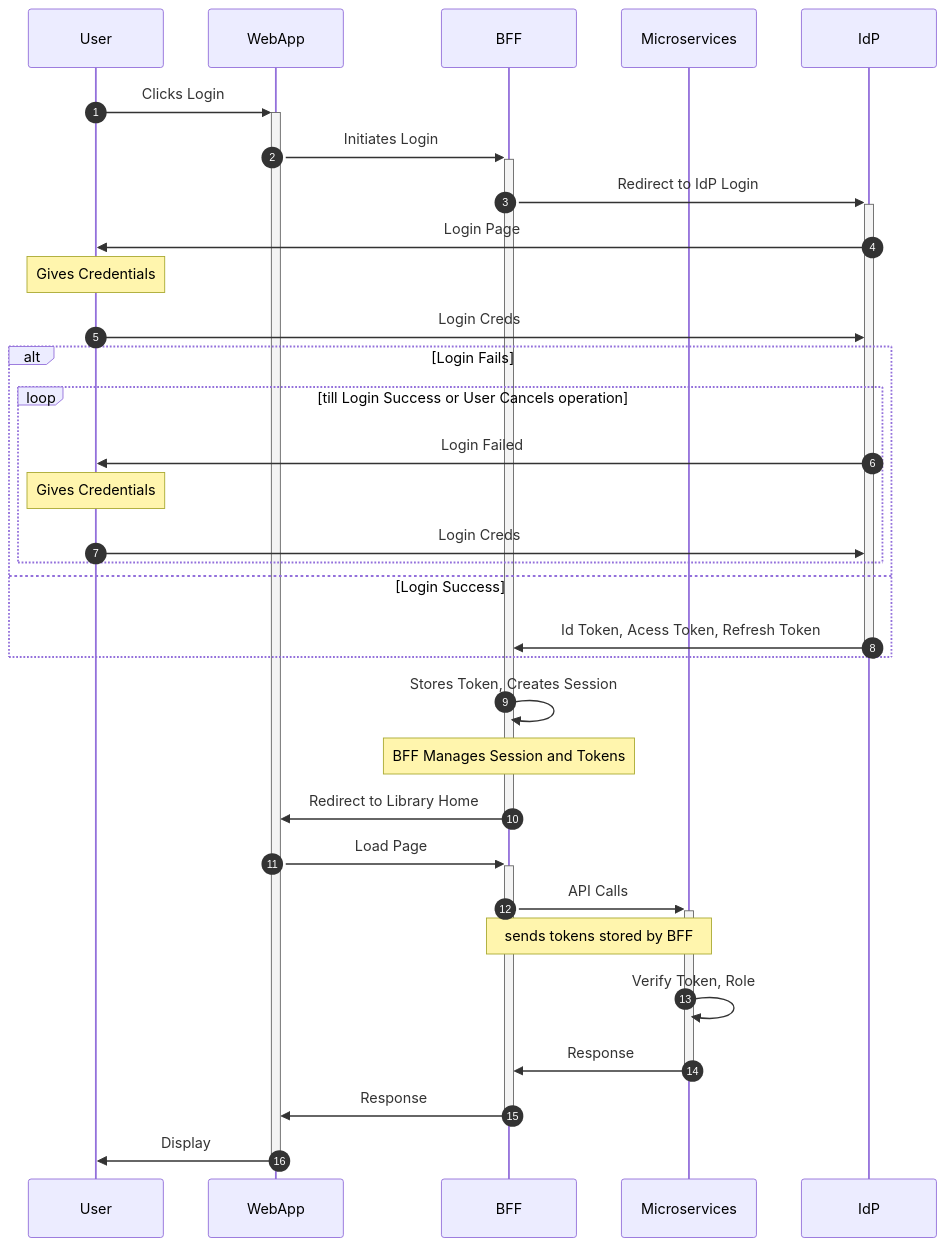
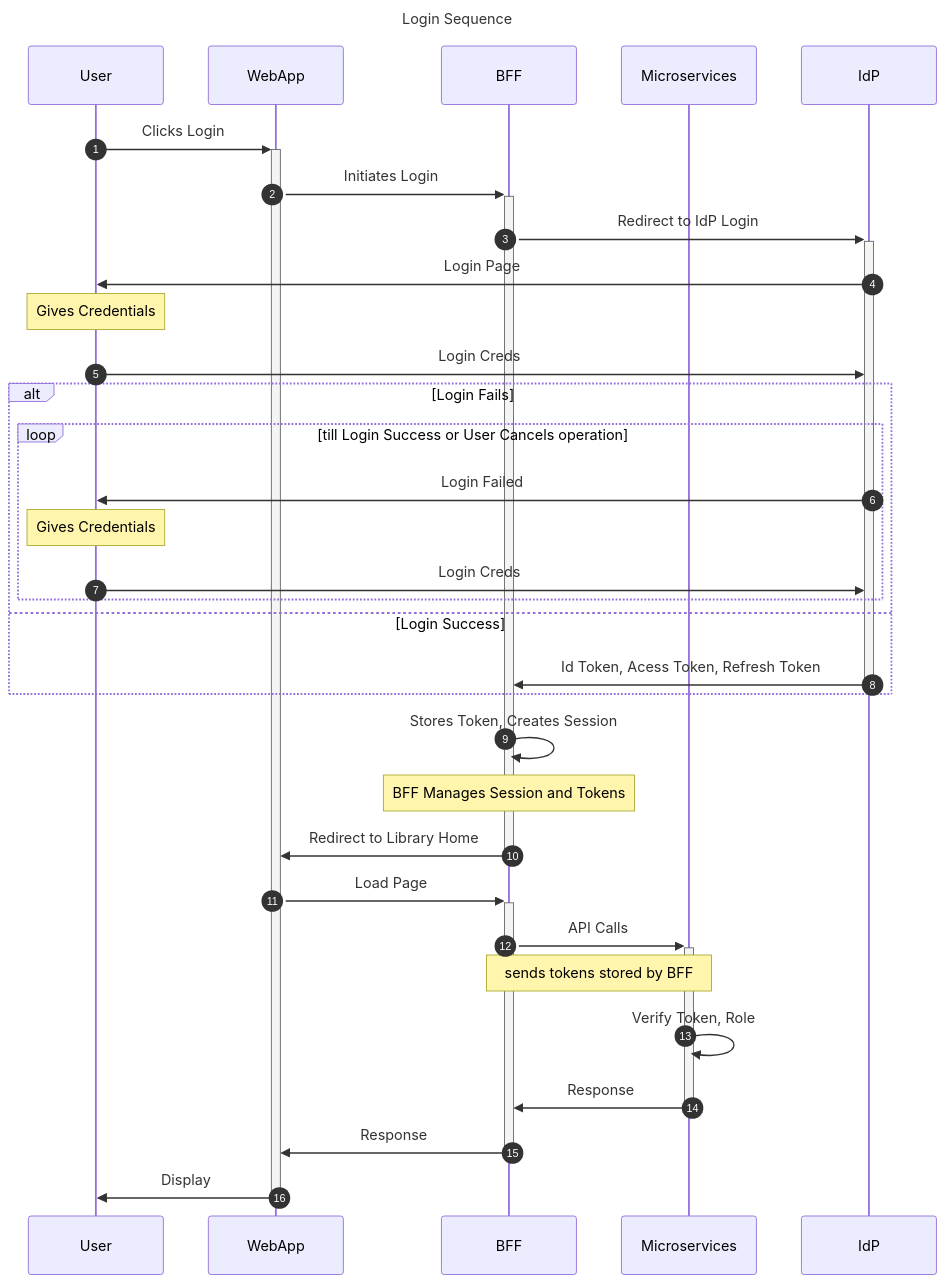
The diagram in requirements/login.sequence.mmd (Dave4272-Office/Tushuguan-Manger), drawn with Mermaid before and after one commit. The commit also changed 4 other files, not shown here.

```diff
--- a/requirements/login.sequence.mmd
+++ b/requirements/login.sequence.mmd
@@ -1,33 +1,36 @@
+---
+title: Login Sequence
+---
 sequenceDiagram 
     autonumber
     participant User
     participant WebApp
     participant BFF
     participant Microservices
     participant IdP
     
     User->>+WebApp: Clicks Login
     WebApp->>+BFF: Initiates Login
     BFF->>+IdP: Redirect to IdP Login
     IdP->>User: Login Page
     Note over User: Gives Credentials
     User->>IdP: Login Creds
     alt Login Fails
     loop till Login Success or User Cancels operation
         IdP->>User: Login Failed
         Note over User: Gives Credentials
         User->>IdP: Login Creds
     end
     else Login Success
     IdP->>-BFF: Id Token, Acess Token, Refresh Token
     end
     BFF->>BFF: Stores Token, Creates Session
     Note over BFF: BFF Manages Session and Tokens
     BFF->>-WebApp: Redirect to Library Home
     WebApp->>+BFF: Load Page
     BFF->>+Microservices: API Calls
     Note over BFF,Microservices: sends tokens stored by BFF
     Microservices->>Microservices: Verify Token, Role
     Microservices->>-BFF: Response
     BFF->>-WebApp: Response
     WebApp->>-User: Display
```
